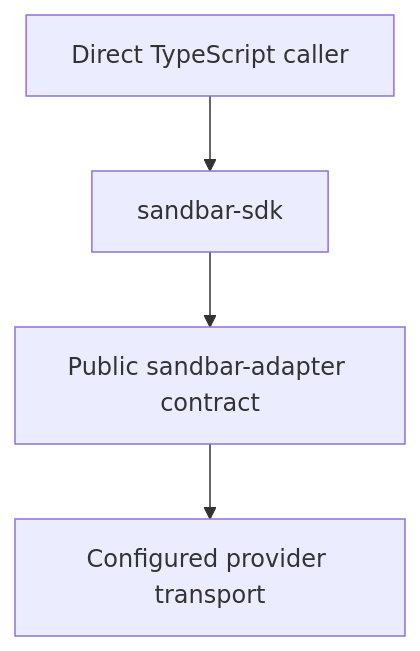
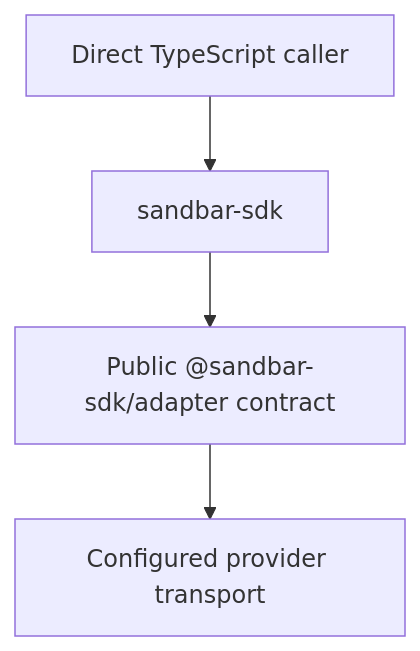
Before and after one commit to pandemicsyn/sandbar: the diagram in specs/design.md, drawn with Mermaid. The commit also changed 195 other files, not shown here.

First line of the commit message:
Move official packages to the @sandbar-sdk npm scope

````diff
--- a/specs/design.md
+++ b/specs/design.md
@@ -9,6 +9,6 @@
 ```mermaid
 flowchart TD
   Direct[Direct TypeScript caller] --> SDK[sandbar-sdk]
-  SDK --> Adapter[Public sandbar-adapter contract]
+  SDK --> Adapter[Public @sandbar-sdk/adapter contract]
   Adapter --> Provider[Configured provider transport]
 ```
````
